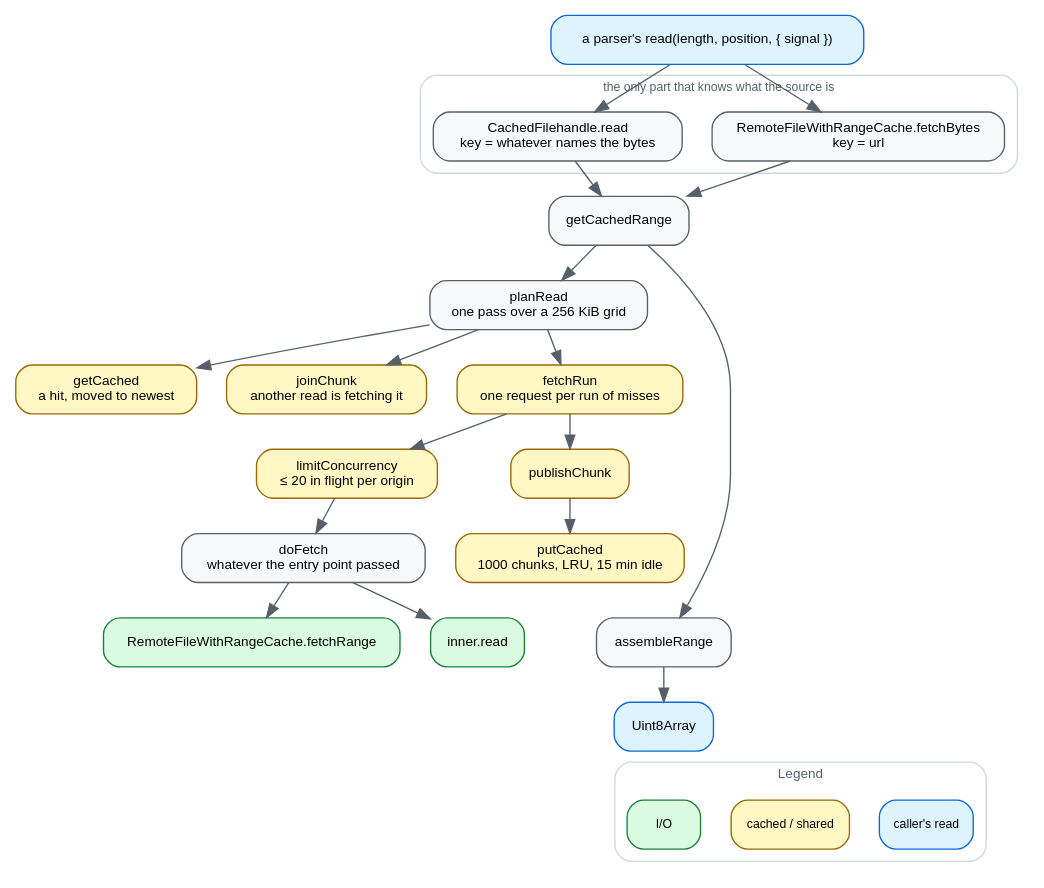
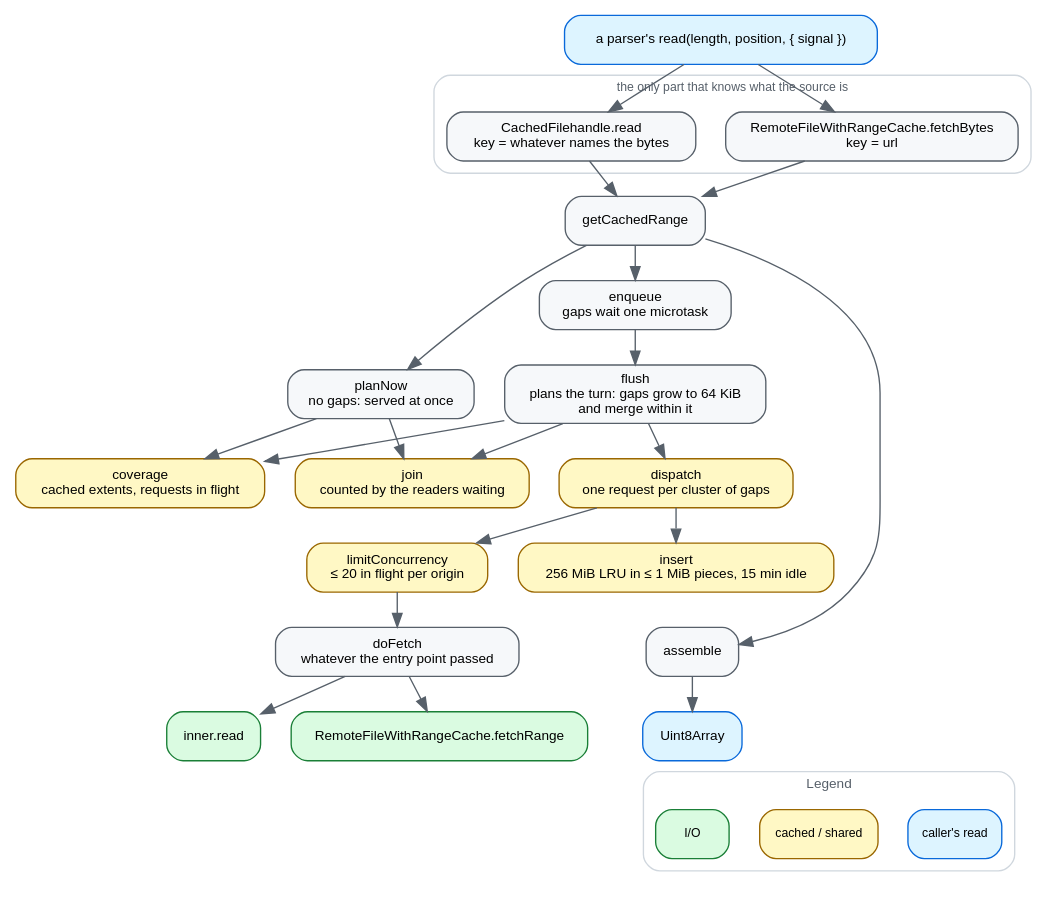
Before and after one commit to GMOD/range-cache-filehandle: the diagram in docs/img/architecture.dot, drawn with Graphviz. The commit also changed 17 other files, not shown here.

First line of the commit message:
Move the tests and diagrams onto extents

```diff
--- a/docs/img/architecture.dot
+++ b/docs/img/architecture.dot
@@ -1,68 +1,72 @@
 // Generated by scripts/diagrams/architecture.ts — do not edit.
 // Every node is a function in src/, every edge is a call the source makes,
 // and every number comes from src/constants.ts. Regenerate both this and
 // its SVG with: pnpm diagrams
 digraph architecture {
   rankdir=TB
   bgcolor="white"
   nodesep=0.3
   ranksep=0.36
   node [shape=box style="filled,rounded" fontname="Helvetica" fontsize=10 margin="0.14,0.07"]
   edge [color="#57606a" fontname="Helvetica" fontsize=9]
 
   caller [label="a parser's read(length, position, { signal })" fillcolor="#ddf4ff" color="#0969da"]
 
   subgraph cluster_entry {
     label="the only part that knows what the source is"
     labelloc="t" fontname="Helvetica" fontsize=9 fontcolor="#57606a"
     color="#d0d7de" style="rounded" margin=9
     RemoteFileWithRangeCache_fetchBytes [label="RemoteFileWithRangeCache.fetchBytes\nkey = url" fillcolor="#f6f8fa" color="#57606a"]
     CachedFilehandle_read [label="CachedFilehandle.read\nkey = whatever names the bytes" fillcolor="#f6f8fa" color="#57606a"]
   }
 
-  chunkCache_ts_getCachedRange [label="getCachedRange" fillcolor="#f6f8fa" color="#57606a"]
-  chunkCache_ts_planRead [label="planRead\none pass over a 256 KiB grid" fillcolor="#f6f8fa" color="#57606a"]
-  chunkCache_ts_getCached [label="getCached\na hit, moved to newest" fillcolor="#fff8c5" color="#9a6700"]
-  chunkCache_ts_joinChunk [label="joinChunk\nanother read is fetching it" fillcolor="#fff8c5" color="#9a6700"]
-  chunkCache_ts_fetchRun [label="fetchRun\none request per run of misses" fillcolor="#fff8c5" color="#9a6700"]
-  chunkCache_ts_limitConcurrency [label="limitConcurrency\n≤ 20 in flight per origin" fillcolor="#fff8c5" color="#9a6700"]
+  extentCache_ts_getCachedRange [label="getCachedRange" fillcolor="#f6f8fa" color="#57606a"]
+  extentCache_ts_planNow [label="planNow\nno gaps: served at once" fillcolor="#f6f8fa" color="#57606a"]
+  extentCache_ts_enqueue [label="enqueue\ngaps wait one microtask" fillcolor="#f6f8fa" color="#57606a"]
+  extentCache_ts_flush [label="flush\nplans the turn: gaps grow to 64 KiB\nand merge within it" fillcolor="#f6f8fa" color="#57606a"]
+  extentCache_ts_coverage [label="coverage\ncached extents, requests in flight" fillcolor="#fff8c5" color="#9a6700"]
+  extentCache_ts_join [label="join\ncounted by the readers waiting" fillcolor="#fff8c5" color="#9a6700"]
+  extentCache_ts_dispatch [label="dispatch\none request per cluster of gaps" fillcolor="#fff8c5" color="#9a6700"]
+  extentCache_ts_limitConcurrency [label="limitConcurrency\n≤ 20 in flight per origin" fillcolor="#fff8c5" color="#9a6700"]
   doFetch [label="doFetch\nwhatever the entry point passed" fillcolor="#f6f8fa" color="#57606a"]
-  chunkCache_ts_publishChunk [label="publishChunk" fillcolor="#fff8c5" color="#9a6700"]
-  chunkCache_ts_putCached [label="putCached\n1000 chunks, LRU, 15 min idle" fillcolor="#fff8c5" color="#9a6700"]
-  chunkCache_ts_assembleRange [label="assembleRange" fillcolor="#f6f8fa" color="#57606a"]
+  extentCache_ts_insert [label="insert\n256 MiB LRU in ≤ 1 MiB pieces, 15 min idle" fillcolor="#fff8c5" color="#9a6700"]
+  extentCache_ts_assemble [label="assemble" fillcolor="#f6f8fa" color="#57606a"]
   RemoteFileWithRangeCache_fetchRange [label="RemoteFileWithRangeCache.fetchRange" fillcolor="#dafbe1" color="#1a7f37"]
   inner_read [label="inner.read" fillcolor="#dafbe1" color="#1a7f37"]
 
   out [label="Uint8Array" fillcolor="#ddf4ff" color="#0969da"]
 
   caller -> RemoteFileWithRangeCache_fetchBytes
   caller -> CachedFilehandle_read
-  RemoteFileWithRangeCache_fetchBytes -> chunkCache_ts_getCachedRange
-  CachedFilehandle_read -> chunkCache_ts_getCachedRange
-  chunkCache_ts_getCachedRange -> chunkCache_ts_planRead
-  chunkCache_ts_getCachedRange -> chunkCache_ts_assembleRange
-  chunkCache_ts_planRead -> chunkCache_ts_getCached
-  chunkCache_ts_planRead -> chunkCache_ts_fetchRun
-  chunkCache_ts_planRead -> chunkCache_ts_joinChunk
-  chunkCache_ts_fetchRun -> chunkCache_ts_limitConcurrency
-  chunkCache_ts_fetchRun -> chunkCache_ts_publishChunk
-  chunkCache_ts_limitConcurrency -> doFetch
+  RemoteFileWithRangeCache_fetchBytes -> extentCache_ts_getCachedRange
+  CachedFilehandle_read -> extentCache_ts_getCachedRange
+  extentCache_ts_getCachedRange -> extentCache_ts_planNow
+  extentCache_ts_getCachedRange -> extentCache_ts_enqueue
+  extentCache_ts_getCachedRange -> extentCache_ts_assemble
+  extentCache_ts_planNow -> extentCache_ts_coverage
+  extentCache_ts_planNow -> extentCache_ts_join
+  extentCache_ts_enqueue -> extentCache_ts_flush
+  extentCache_ts_flush -> extentCache_ts_coverage
+  extentCache_ts_flush -> extentCache_ts_dispatch
+  extentCache_ts_flush -> extentCache_ts_join
+  extentCache_ts_dispatch -> extentCache_ts_limitConcurrency
+  extentCache_ts_dispatch -> extentCache_ts_insert
+  extentCache_ts_limitConcurrency -> doFetch
   doFetch -> inner_read
   doFetch -> RemoteFileWithRangeCache_fetchRange
-  chunkCache_ts_publishChunk -> chunkCache_ts_putCached
-  chunkCache_ts_assembleRange -> out
-  chunkCache_ts_putCached -> chunkCache_ts_assembleRange [style=invis]
+  extentCache_ts_assemble -> out
+  extentCache_ts_insert -> extentCache_ts_assemble [style=invis]
 
   subgraph cluster_legend {
     label="Legend"
     labelloc="t" fontname="Helvetica" fontsize=10 fontcolor="#57606a"
     color="#d0d7de" style="rounded" margin=9
     node [shape=box style="filled,rounded" fontsize=9 margin="0.1,0.04"]
     l1 [label="I/O" fillcolor="#dafbe1" color="#1a7f37"]
     l2 [label="cached / shared" fillcolor="#fff8c5" color="#9a6700"]
     l3 [label="caller's read" fillcolor="#ddf4ff" color="#0969da"]
     { rank=same; l1; l2; l3 }
     l1 -> l2 -> l3 [style=invis]
   }
   out -> l1 [style=invis]
 }
```
